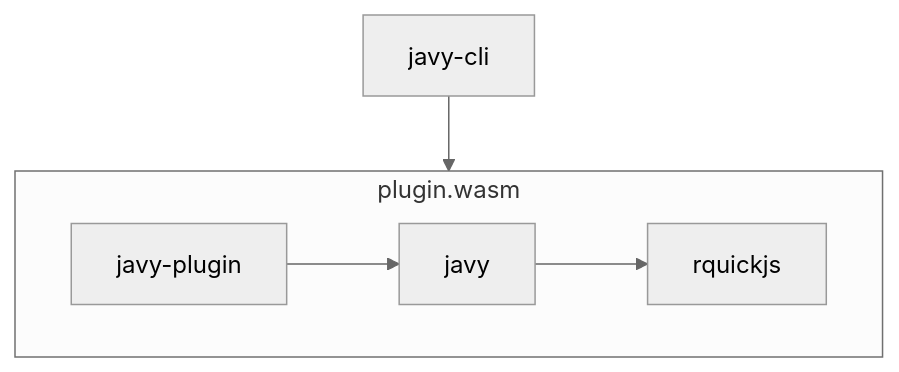
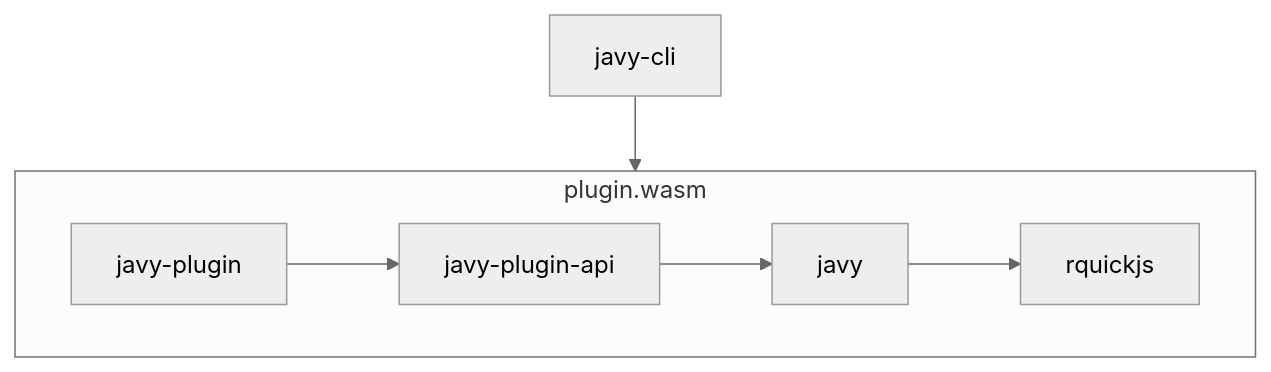
The diagram in docs/docs-contributing-architecture.md (bytecodealliance/javy), drawn with Mermaid (neutral theme) before and after one commit. The commit also changed other lines of this file and 3 other files, not shown here.

````diff
--- a/docs/docs-contributing-architecture.md
+++ b/docs/docs-contributing-architecture.md
@@ -7,8 +7,9 @@
 ```mermaid
 flowchart TD
   javy-cli --> wasm
   subgraph wasm[plugin.wasm]
-  javy-plugin --> javy
+  javy-plugin --> javy-plugin-api
+  javy-plugin-api --> javy
   javy --> rquickjs
   end
 ```
````
